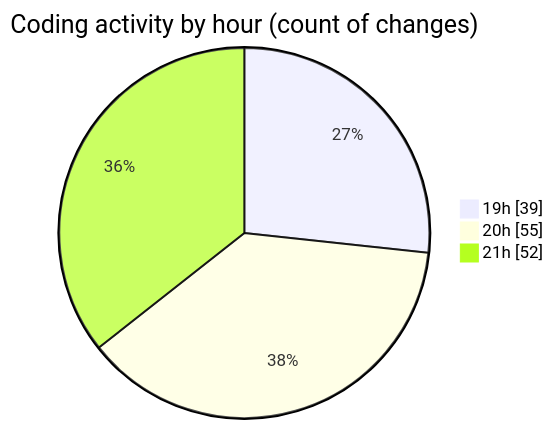
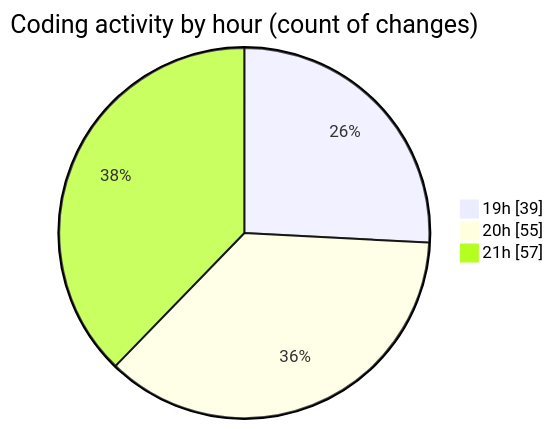
One commit to momahboobian/code-tracking changed the second of 2 diagrams in 2026-06-16/cda/README.md. Above: the diagram before and after it, drawn with Mermaid. The commit also changed other lines of this file and 1 other file, not shown here.

````diff
--- a/2026-06-16/cda/README.md
+++ b/2026-06-16/cda/README.md
@@ -84,7 +84,7 @@
 ```mermaid
 pie showData
 title Coding activity by hour (count of changes)
 "19h" : 39
 "20h" : 55
-"21h" : 52
+"21h" : 57
 ```
````
